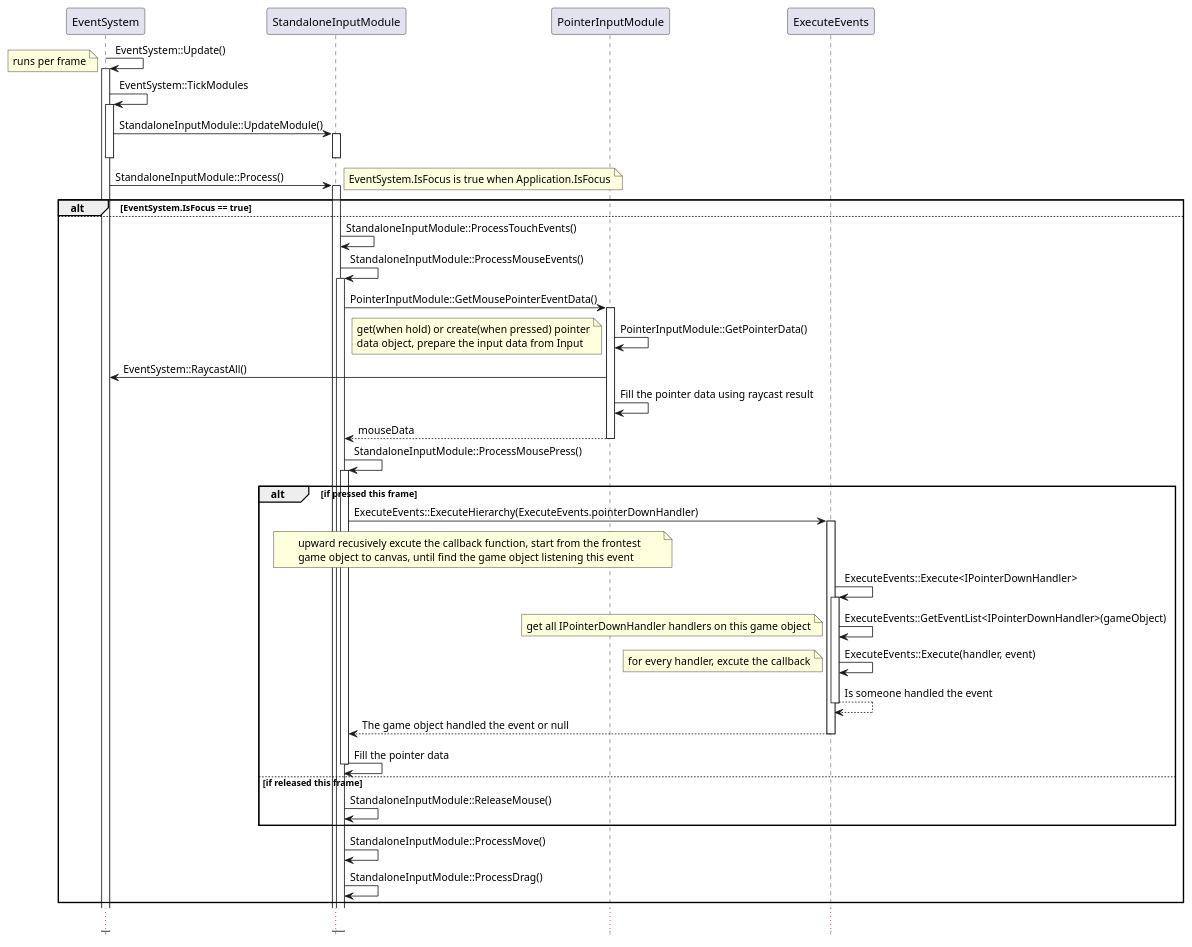
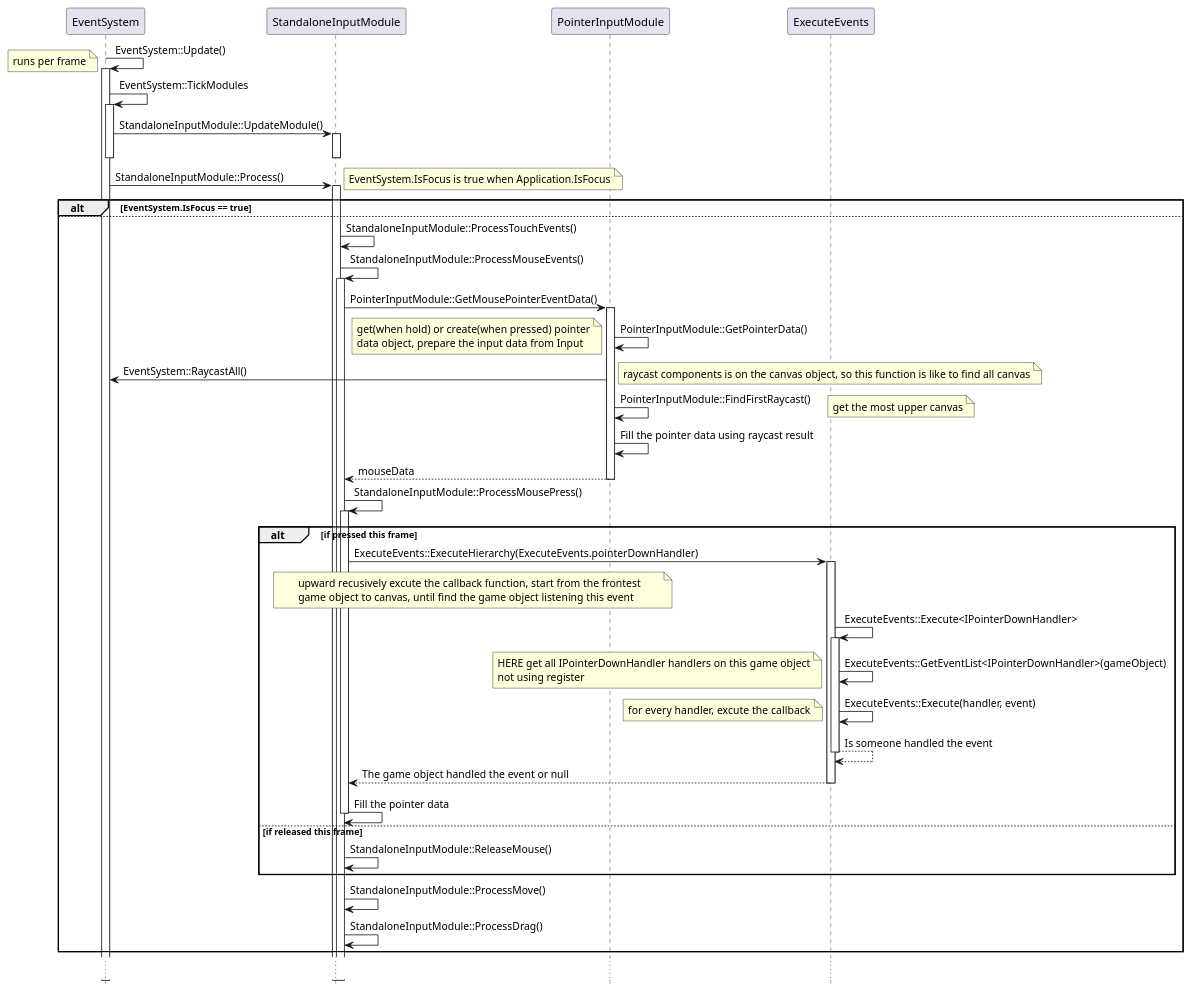
The diagram in _posts/Game/2024-05-06-unity-UGUI.adoc (Katzeee/Notes), drawn with PlantUML before and after one commit. The commit also changed other lines of this file, not shown here.

```diff
--- a/_posts/Game/2024-05-06-unity-UGUI.adoc
+++ b/_posts/Game/2024-05-06-unity-UGUI.adoc
@@ -19,54 +21,57 @@
 [plantuml, format="png", alt="bad plant uml server"]
 ----
 @startuml
 hide footbox
 EventSystem -> EventSystem: EventSystem::Update()
 note left: runs per frame
 activate EventSystem
 EventSystem -> EventSystem: EventSystem::TickModules
 activate EventSystem
 EventSystem -> StandaloneInputModule: StandaloneInputModule::UpdateModule()
 activate StandaloneInputModule
 deactivate StandaloneInputModule
 deactivate EventSystem
 EventSystem -> StandaloneInputModule: StandaloneInputModule::Process()
 alt EventSystem.IsFocus == true
 note right: EventSystem.IsFocus is true when Application.IsFocus
 else
 activate StandaloneInputModule
 StandaloneInputModule -> StandaloneInputModule: StandaloneInputModule::ProcessTouchEvents()
 StandaloneInputModule -> StandaloneInputModule: StandaloneInputModule::ProcessMouseEvents()
 activate StandaloneInputModule
 StandaloneInputModule -> PointerInputModule: PointerInputModule::GetMousePointerEventData()
 activate PointerInputModule
 PointerInputModule -> PointerInputModule: PointerInputModule::GetPointerData()
 note left: get(when hold) or create(when pressed) pointer\ndata object, prepare the input data from Input
 PointerInputModule -> EventSystem: EventSystem::RaycastAll()
-PointerInputModule -> PointerInputModule : Fill the pointer data using raycast result
+note right: raycast components is on the canvas object, so this function is like to find all canvas
+PointerInputModule -> PointerInputModule: PointerInputModule::FindFirstRaycast()
+note right: get the most upper canvas
+PointerInputModule -> PointerInputModule: Fill the pointer data using raycast result
 PointerInputModule --> StandaloneInputModule: mouseData
 deactivate PointerInputModule
 StandaloneInputModule -> StandaloneInputModule: StandaloneInputModule::ProcessMousePress()
 activate StandaloneInputModule
 alt if pressed this frame
 StandaloneInputModule -> ExecuteEvents: ExecuteEvents::ExecuteHierarchy(ExecuteEvents.pointerDownHandler)
 note over StandaloneInputModule, PointerInputModule: upward recusively excute the callback function, start from the frontest\ngame object to canvas, until find the game object listening this event
 activate ExecuteEvents
 ExecuteEvents -> ExecuteEvents: ExecuteEvents::Execute<IPointerDownHandler>
 activate ExecuteEvents
 ExecuteEvents -> ExecuteEvents: ExecuteEvents::GetEventList<IPointerDownHandler>(gameObject)
-note left: get all IPointerDownHandler handlers on this game object
+note left: HERE get all IPointerDownHandler handlers on this game object\nnot using register
 ExecuteEvents -> ExecuteEvents: ExecuteEvents::Execute(handler, event)
 note left: for every handler, excute the callback
 return Is someone handled the event
 return The game object handled the event or null
 StandaloneInputModule -> StandaloneInputModule: Fill the pointer data
 deactivate StandaloneInputModule
 else if released this frame
 StandaloneInputModule -> StandaloneInputModule: StandaloneInputModule::ReleaseMouse()
 end
 StandaloneInputModule -> StandaloneInputModule: StandaloneInputModule::ProcessMove()
 StandaloneInputModule -> StandaloneInputModule: StandaloneInputModule::ProcessDrag()
 end
 ...
 @enduml
 ----
```
